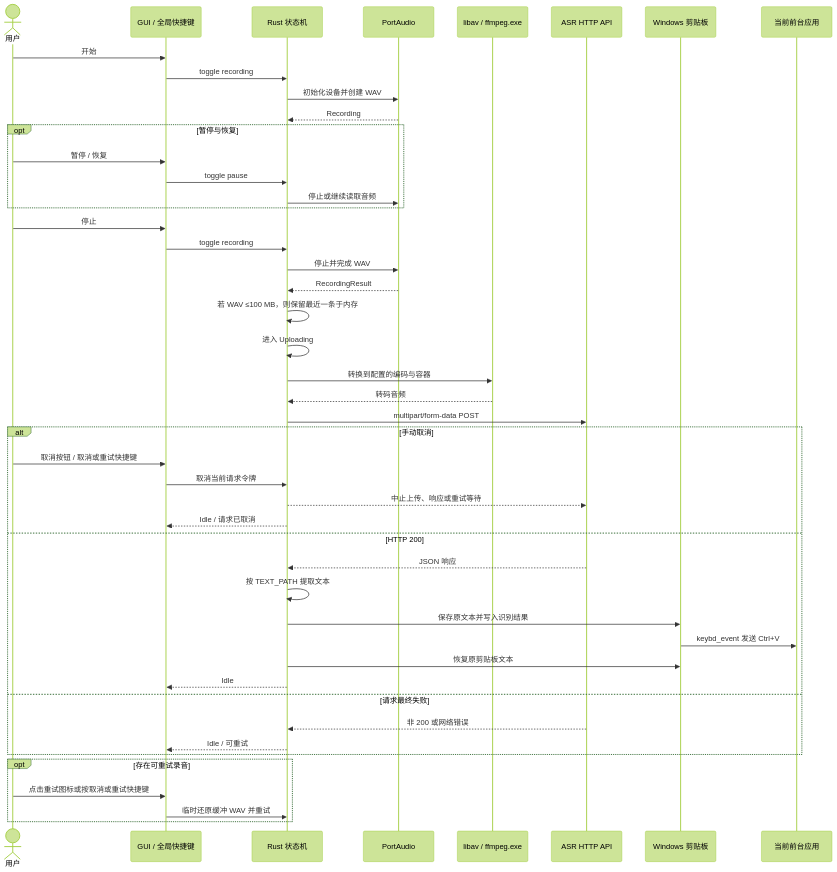
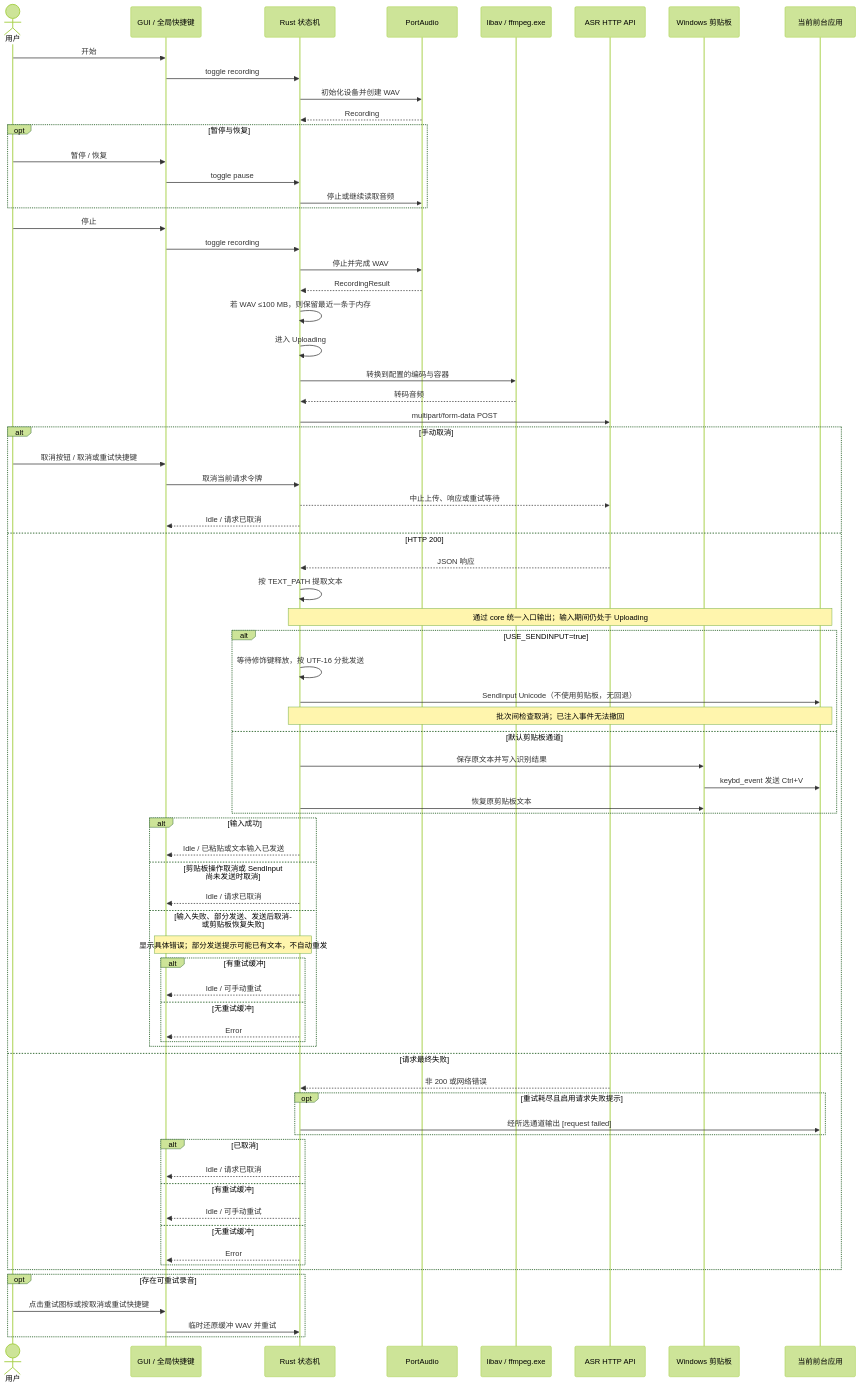
The second of 3 diagrams in README_ZH.md (Joey-Kot/STT-for-Windows), drawn with Mermaid (forest theme) before and after one commit. The commit also changed other lines of this file and 12 other files, not shown here.

First line of the commit message:
feat: 新增可选的 SendInput 文本输入通道

````diff
--- a/README_ZH.md
+++ b/README_ZH.md
@@ -100,54 +103,81 @@
 ```mermaid
 sequenceDiagram
     actor User as 用户
     participant Control as GUI / 全局快捷键
     participant Runtime as Rust 状态机
     participant Recorder as PortAudio
     participant Converter as libav / ffmpeg.exe
     participant ASR as ASR HTTP API
     participant Clipboard as Windows 剪贴板
     participant App as 当前前台应用
 
     User->>Control: 开始
     Control->>Runtime: toggle recording
     Runtime->>Recorder: 初始化设备并创建 WAV
     Recorder-->>Runtime: Recording
 
     opt 暂停与恢复
         User->>Control: 暂停 / 恢复
         Control->>Runtime: toggle pause
         Runtime->>Recorder: 停止或继续读取音频
     end
 
     User->>Control: 停止
     Control->>Runtime: toggle recording
     Runtime->>Recorder: 停止并完成 WAV
     Recorder-->>Runtime: RecordingResult
     Runtime->>Runtime: 若 WAV ≤100 MB，则保留最近一条于内存
     Runtime->>Runtime: 进入 Uploading
     Runtime->>Converter: 转换到配置的编码与容器
     Converter-->>Runtime: 转码音频
     Runtime->>ASR: multipart/form-data POST
 
     alt 手动取消
         User->>Control: 取消按钮 / 取消或重试快捷键
         Control->>Runtime: 取消当前请求令牌
         Runtime-->>ASR: 中止上传、响应或重试等待
         Runtime-->>Control: Idle / 请求已取消
     else HTTP 200
         ASR-->>Runtime: JSON 响应
         Runtime->>Runtime: 按 TEXT_PATH 提取文本
-        Runtime->>Clipboard: 保存原文本并写入识别结果
-        Clipboard->>App: keybd_event 发送 Ctrl+V
-        Runtime->>Clipboard: 恢复原剪贴板文本
-        Runtime-->>Control: Idle
+        Note over Runtime,App: 通过 core 统一入口输出；输入期间仍处于 Uploading
+        alt USE_SENDINPUT=true
+            Runtime->>Runtime: 等待修饰键释放，按 UTF-16 分批发送
+            Runtime->>App: SendInput Unicode（不使用剪贴板，无回退）
+            Note over Runtime,App: 批次间检查取消；已注入事件无法撤回
+        else 默认剪贴板通道
+            Runtime->>Clipboard: 保存原文本并写入识别结果
+            Clipboard->>App: keybd_event 发送 Ctrl+V
+            Runtime->>Clipboard: 恢复原剪贴板文本
+        end
+        alt 输入成功
+            Runtime-->>Control: Idle / 已粘贴或文本输入已发送
+        else 剪贴板操作取消或 SendInput 尚未发送时取消
+            Runtime-->>Control: Idle / 请求已取消
+        else 输入失败、部分发送、发送后取消或剪贴板恢复失败
+            Note over Runtime,Control: 显示具体错误；部分发送提示可能已有文本，不自动重发
+            alt 有重试缓冲
+                Runtime-->>Control: Idle / 可手动重试
+            else 无重试缓冲
+                Runtime-->>Control: Error
+            end
+        end
     else 请求最终失败
         ASR-->>Runtime: 非 200 或网络错误
-        Runtime-->>Control: Idle / 可重试
+        opt 重试耗尽且启用请求失败提示
+            Runtime->>App: 经所选通道输出 [request failed]
+        end
+        alt 已取消
+            Runtime-->>Control: Idle / 请求已取消
+        else 有重试缓冲
+            Runtime-->>Control: Idle / 可手动重试
+        else 无重试缓冲
+            Runtime-->>Control: Error
+        end
     end
 
     opt 存在可重试录音
         User->>Control: 点击重试图标或按取消或重试快捷键
         Control->>Runtime: 临时还原缓冲 WAV 并重试
     end
 ```
````
